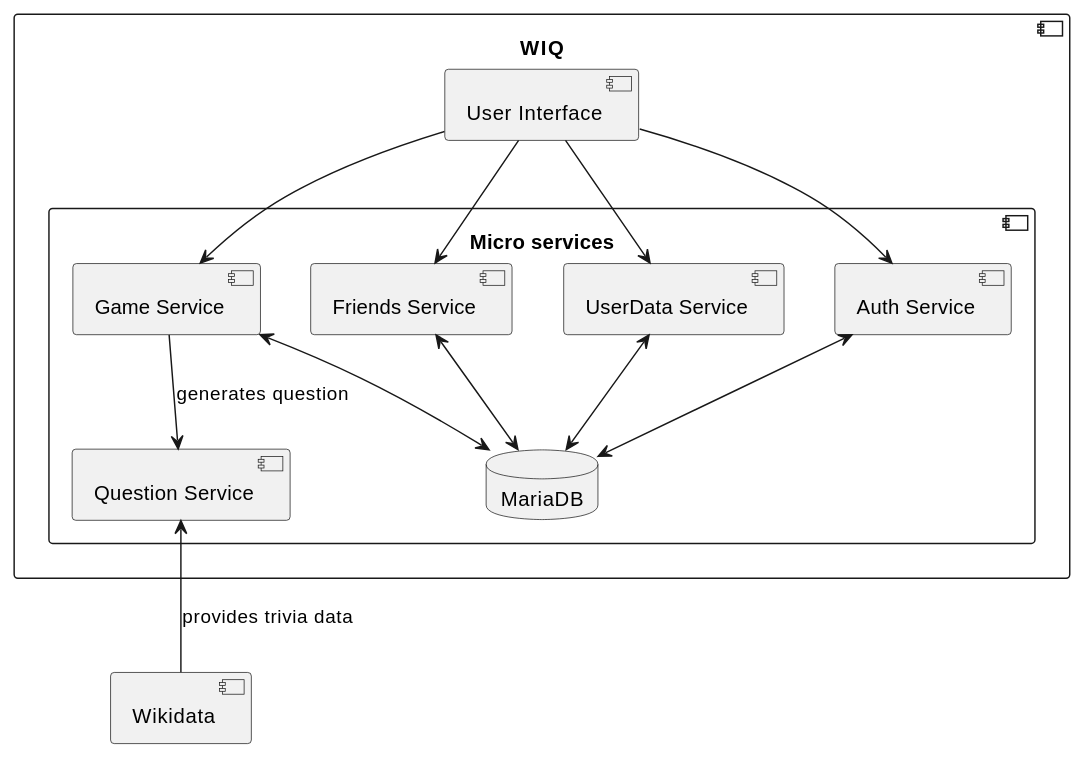
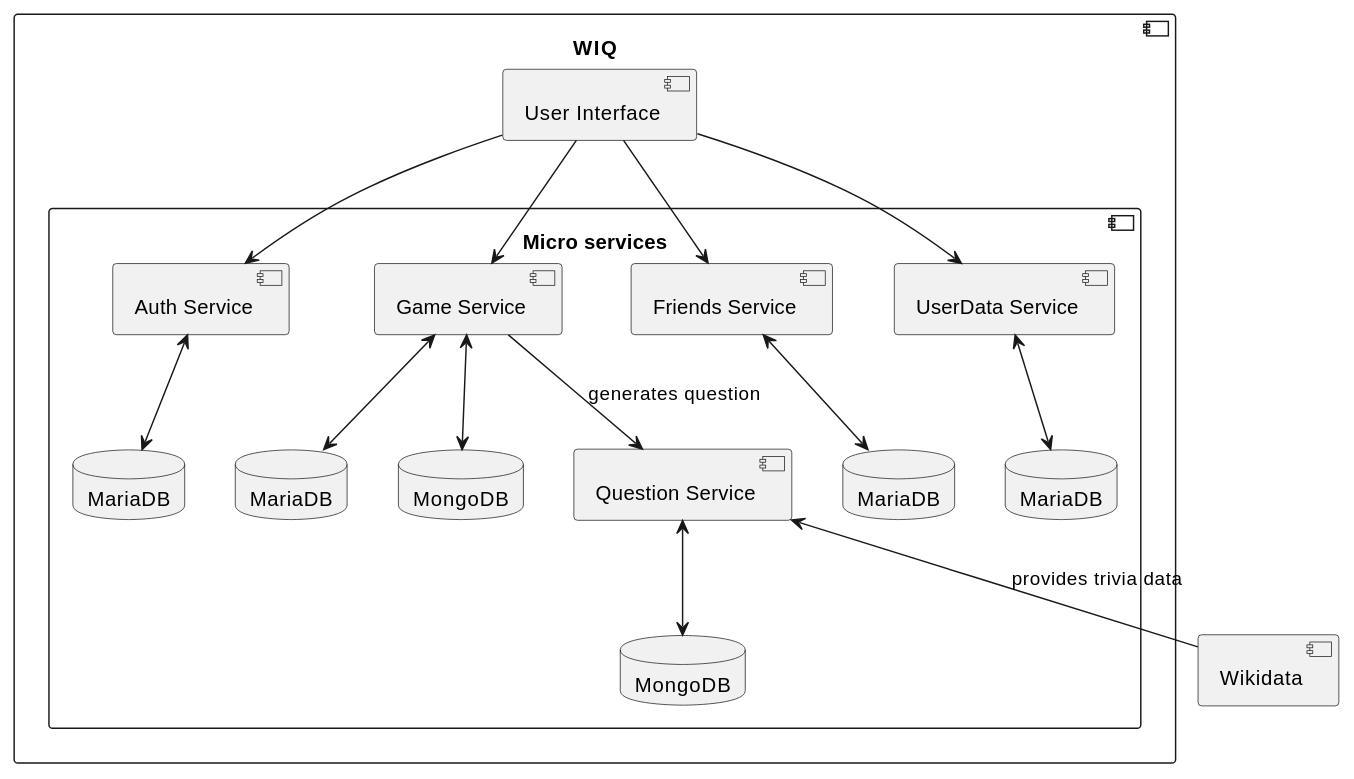
Before and after one commit to Arquisoft/wiq_es1c: the third of 3 diagrams in docs/src/05_building_block_view.adoc, drawn with PlantUML.

Commit message:
Updated diagram

```diff
--- a/docs/src/05_building_block_view.adoc
+++ b/docs/src/05_building_block_view.adoc
@@ -66,34 +66,41 @@
 [plantuml,"BlackBox Level 3",png]
 ----
 Component WIQ as "WIQ" {
 
     Component ms as "Micro services" {
         Component auth as "Auth Service"
         Component questions as "Question Service"
         Component game as "Game Service"
         Component friends as "Friends Service"
         Component history as "UserData Service"
-        Database d as "MariaDB"
+        Database d1 as "MariaDB"
+        Database d2 as "MariaDB"
+        Database d3 as "MariaDB"
+        Database d4 as "MariaDB"
+        Database d5 as "MongoDB"
+        Database d6 as "MongoDB"
     }
 
     Component ui as "User Interface"
 
 
     ui -down-> auth
     ui -down-> game
     ui -down-> history
     ui -down-> friends
 
 
 
-    auth <-down-> d
-    game <-down-> d
-    friends <-down-> d
-    history <-down-> d
+    auth <-down-> d1
+    game <-down-> d2
+    friends <-down-> d3
+    history <-down-> d4
+    game <-down-> d5
+    questions <-down-> d6
 }
 
 Component w as "Wikidata"
 
 game -down-> questions: generates question
 questions <-down- w: provides trivia data
 ----
```
